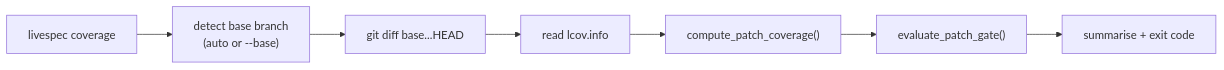
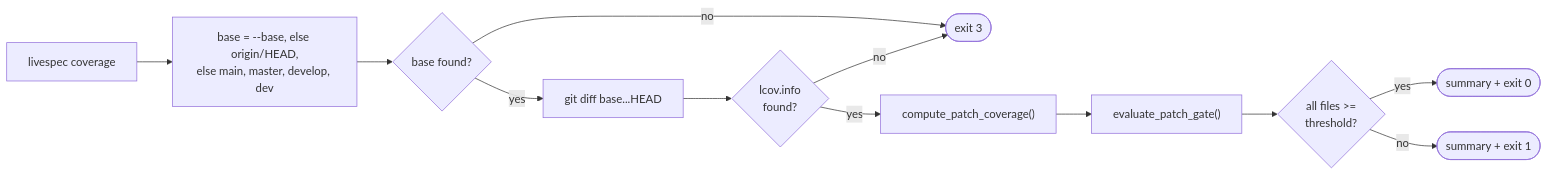
One commit to julien-m/livespec changed the second of 5 diagrams in .specs/features/035-unified-cli-surface/spec.md. Above: the diagram before and after it, drawn with Mermaid. The commit also changed other lines of this file and 26 other files, not shown here.

````diff
--- a/.specs/features/035-unified-cli-surface/spec.md
+++ b/.specs/features/035-unified-cli-surface/spec.md
@@ -104,9 +136,14 @@
 ```mermaid
 flowchart LR
-    A["livespec coverage"] --> B["detect base branch<br/>(auto or --base)"]
-    B --> C["git diff base...HEAD"]
-    C --> D["read lcov.info"]
-    D --> E["compute_patch_coverage()"]
+    A["livespec coverage"] --> B["base = --base, else origin/HEAD,<br/>else main, master, develop, dev"]
+    B --> B2{"base found?"}
+    B2 -->|"no"| X3(["exit 3"])
+    B2 -->|"yes"| C["git diff base...HEAD"]
+    C --> D{"lcov.info<br/>found?"}
+    D -->|"no"| X3
+    D -->|"yes"| E["compute_patch_coverage()"]
     E --> F["evaluate_patch_gate()"]
-    F --> G["summarise + exit code"]
+    F --> G{"all files >=<br/>threshold?"}
+    G -->|"yes"| OK(["summary + exit 0"])
+    G -->|"no"| KO(["summary + exit 1"])
 ```
````
